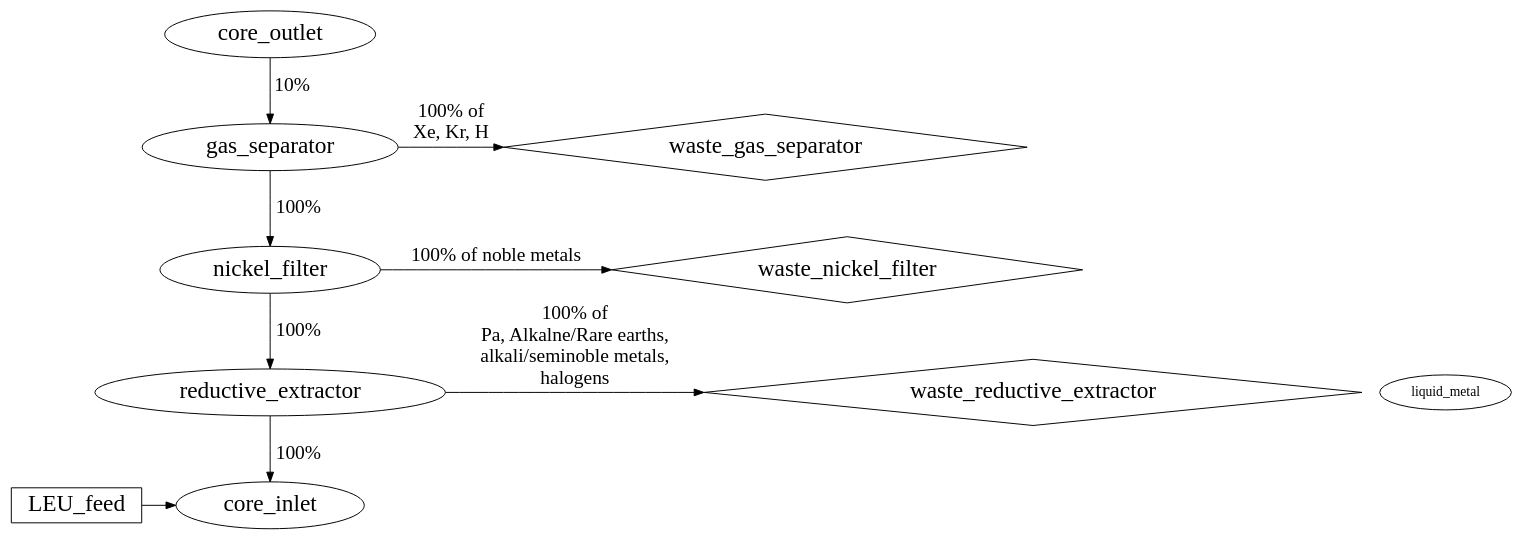
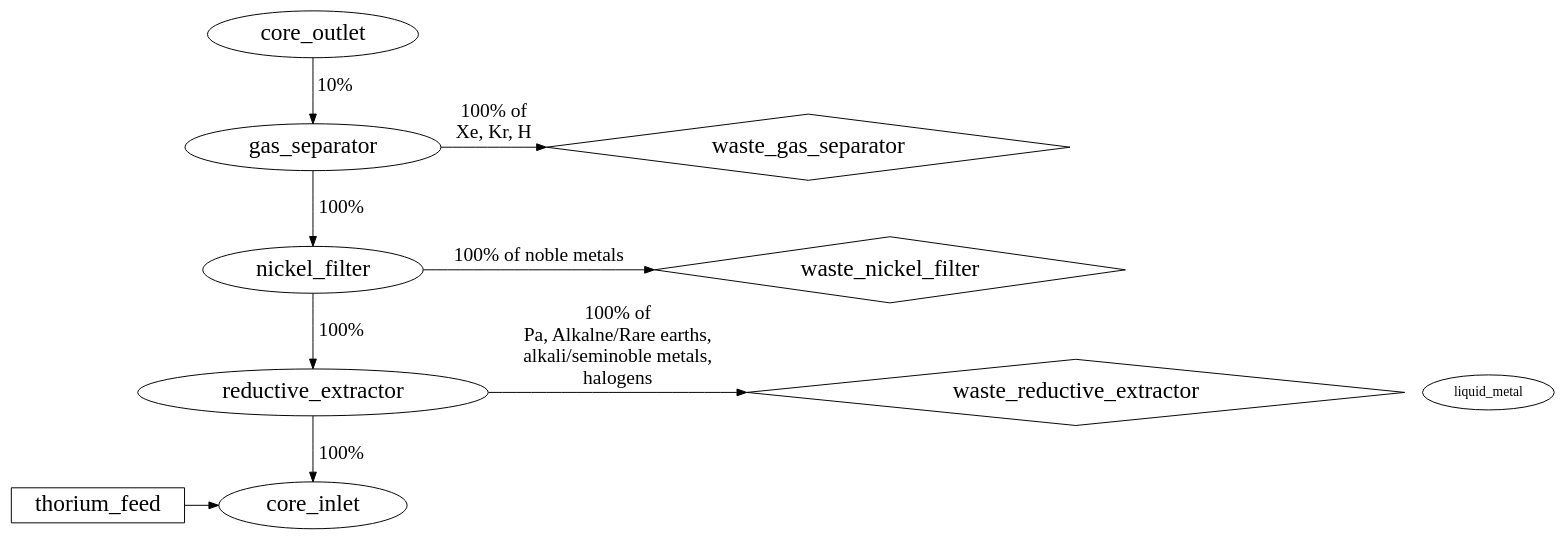
One commit to arfc/2022-yardas-ms changed the diagram in model/msbr.dot. Above: the diagram before and after it, drawn with Graphviz. The commit also changed 7 other files, not shown here.

```diff
--- a/model/msbr.dot
+++ b/model/msbr.dot
@@ -1,58 +1,58 @@
 digraph fuel {  /* The name of directed graph must match name of material
 
 Structure of the reprocessing system described using DOT language:
 https://en.wikipedia.org/wiki/DOT_(graph_description_language)
 Parameter 'label' and 'fontsize' are needed for nice plotting.
 Mass flow rate, extraction efficiency and list of elements for removing must be
 specified in the 'input.proccess' file
 This DOT file can be also using for reprocessing scheme visualization:
 http://www.webgraphviz.com/
 */
 # ==============================================================================
   core_outlet -> gas_separator [label="10%", fontsize=20]
   gas_separator -> waste_gas_separator [label="100% of\nXe, Kr, H", fontsize=20]
   gas_separator -> nickel_filter [label="100%", fontsize=20]
   nickel_filter -> waste_nickel_filter [label="100% of noble metals", fontsize=20]
   nickel_filter -> reductive_extractor [label="100%", fontsize=20]
   reductive_extractor -> waste_reductive_extractor [label="100% of\nPa, Alkalne/Rare earths,\nalkali/seminoble metals,\nhalogens", fontsize=20]
   reductive_extractor -> core_inlet [label="100%", fontsize=20]
-  LEU_feed -> core_inlet
+  thorium_feed -> core_inlet
 # ==============================================================================
 # Optional parameters to obtain pretty plots
 # Section only needed to have 'waste' blocks on level with process
   subgraph separ {
     rank=same
     gas_separator
     waste_gas_separator
   }
 
   subgraph ni {
     rank=same
     nickel_filter
     waste_nickel_filter
   }
 
   subgraph re {
     rank=same
     liquid_metal
     reductive_extractor
     waste_reductive_extractor
   }
 
   subgraph feed {
     rank=same
-    LEU_feed
+    thorium_feed
     core_inlet
   }
 # Section only needed to change font of the text and specify shapes of blocks
   waste_gas_separator [shape=diamond, fontsize=24]
   waste_nickel_filter [shape=diamond, fontsize=24]
   waste_reductive_extractor [shape=diamond, fontsize=24]
-  LEU_feed [shape=box, fontsize=24]
+  thorium_feed [shape=box, fontsize=24]
 
   core_outlet [fontsize=24]
   gas_separator [fontsize=24]
   nickel_filter [fontsize=24]
   reductive_extractor [fontsize=24]
   core_inlet [fontsize=24]
 }
```
